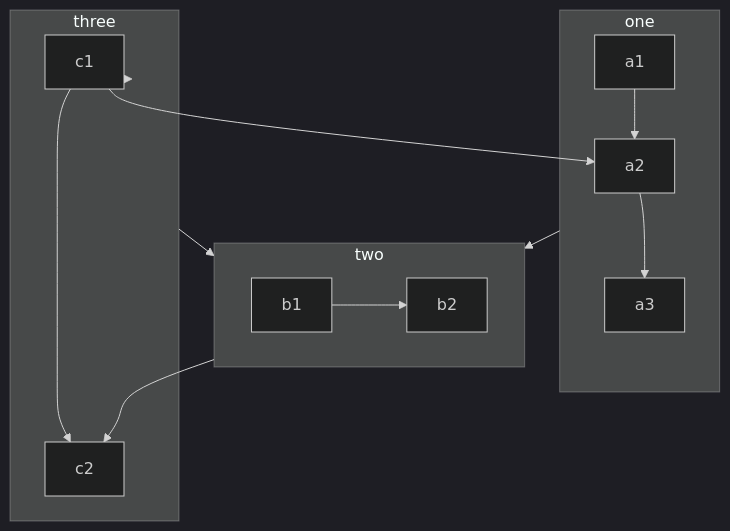
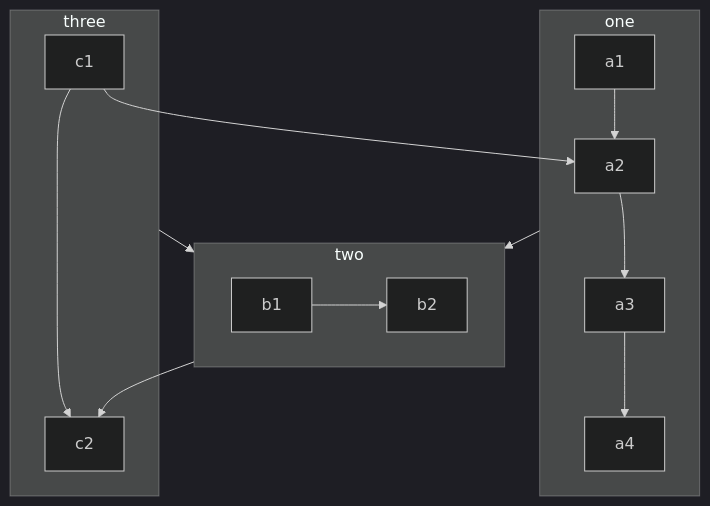
One commit to rhoenkelevra/pre_commit changed the diagram in flowchart.mmd. Above: the diagram before and after it, drawn with Mermaid (dark theme).

Commit message:
added new item to chart2

```diff
--- a/flowchart.mmd
+++ b/flowchart.mmd
@@ -1,16 +1,16 @@
 flowchart TB
     c1-->a2
     subgraph one
     a1-->a2
     a2-->a3
+    a3-->a4
     end
     subgraph two
     b1-->b2
     end
     subgraph three
     c1-->c2
     end
     one --> two
     three --> two
     two --> c2
-    three --> c1
```
